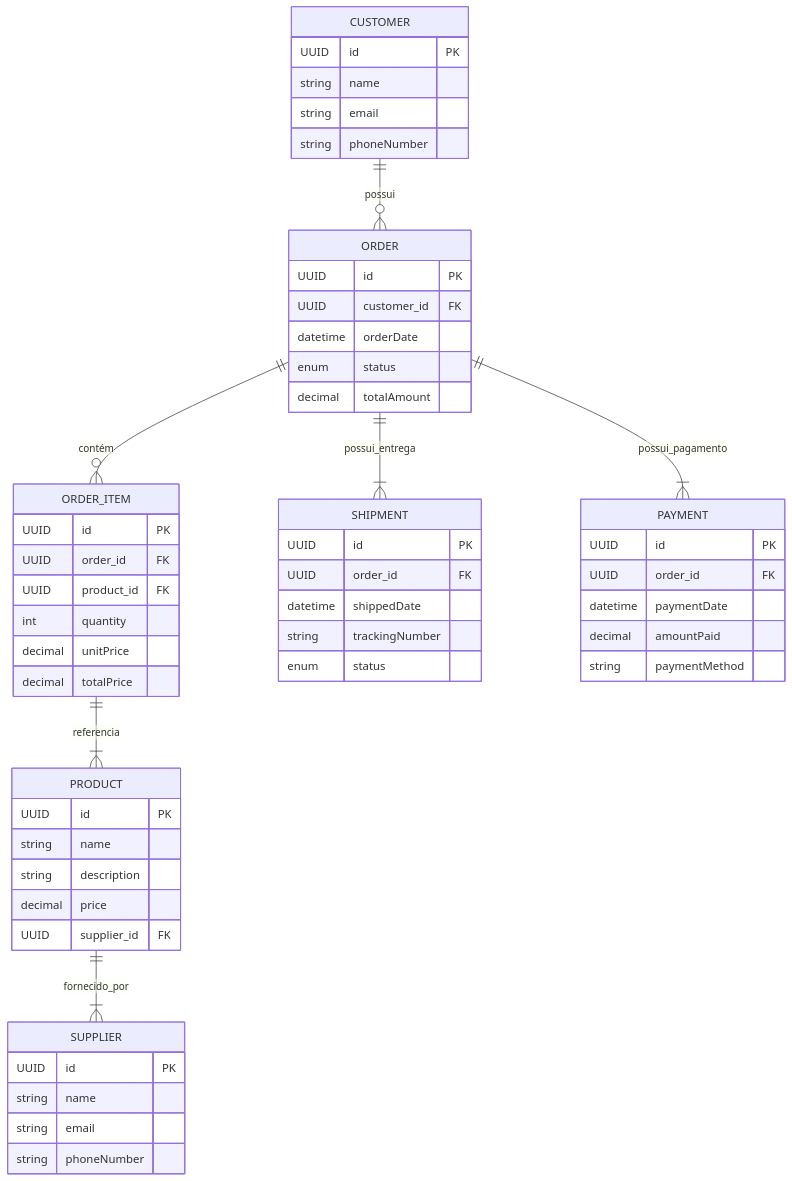
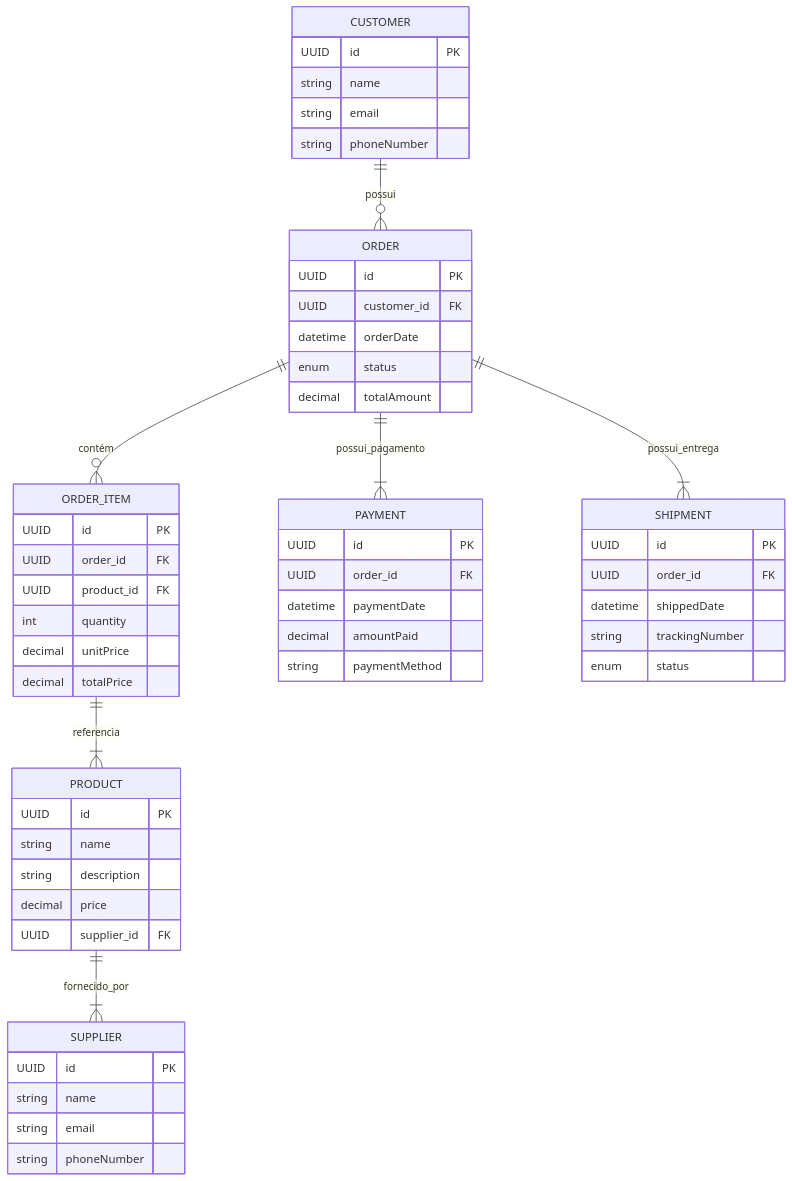
One commit to guimaraes/ordermanager changed the diagram in README.md. Above: the diagram before and after it, drawn with Mermaid. The commit also changed other lines of this file, not shown here.

````diff
--- a/README.md
+++ b/README.md
@@ -130,64 +133,58 @@
 ```mermaid
 erDiagram
+    CUSTOMER ||--o{ ORDER : possui
+    ORDER ||--o{ ORDER_ITEM : contém
+    ORDER_ITEM ||--|{ PRODUCT : referencia
+    PRODUCT ||--|{ SUPPLIER : fornecido_por
+    ORDER ||--|{ PAYMENT : possui_pagamento
+    ORDER ||--|{ SHIPMENT : possui_entrega
+
     CUSTOMER {
         UUID id PK
         string name
         string email
         string phoneNumber
     }
-    
     ORDER {
         UUID id PK
         UUID customer_id FK
         datetime orderDate
         enum status
         decimal totalAmount
     }
-    
     ORDER_ITEM {
         UUID id PK
         UUID order_id FK
         UUID product_id FK
         int quantity
         decimal unitPrice
         decimal totalPrice
     }
-    
     PRODUCT {
         UUID id PK
         string name
         string description
         decimal price
         UUID supplier_id FK
     }
-    
     SUPPLIER {
         UUID id PK
         string name
         string email
         string phoneNumber
     }
-    
     SHIPMENT {
         UUID id PK
         UUID order_id FK
         datetime shippedDate
         string trackingNumber
         enum status
     }
-    
     PAYMENT {
         UUID id PK
         UUID order_id FK
         datetime paymentDate
         decimal amountPaid
         string paymentMethod
     }
-    
-    CUSTOMER ||--o{ ORDER : possui
-    ORDER ||--o{ ORDER_ITEM : contém
-    ORDER_ITEM ||--|{ PRODUCT : referencia
-    PRODUCT ||--|{ SUPPLIER : fornecido_por
-    ORDER ||--|{ PAYMENT : possui_pagamento
-    ORDER ||--|{ SHIPMENT : possui_entrega
 ```
````
